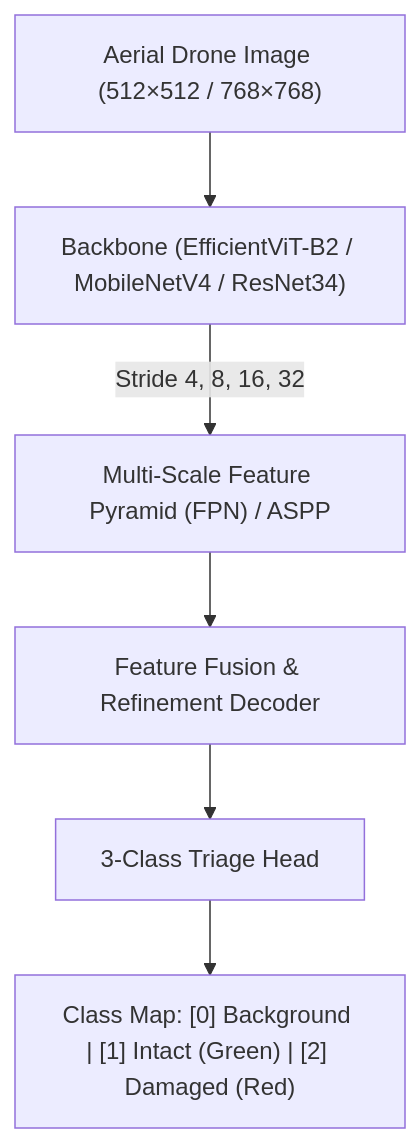
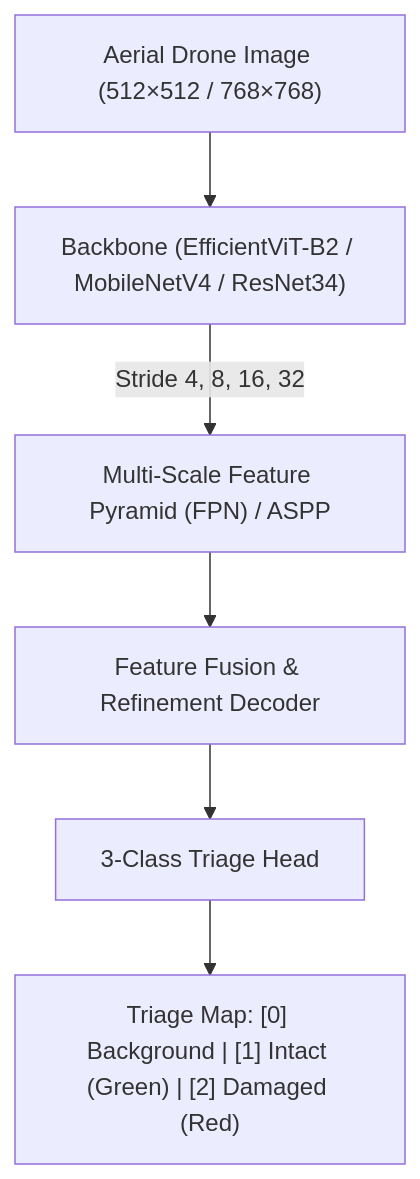
One commit to AhmadHasssan9181/QuakeSentinel changed the diagram in README.md. Above: the diagram before and after it, drawn with Mermaid. The commit also changed other lines of this file and 3 other files, not shown here.

````diff
--- a/README.md
+++ b/README.md
@@ -48,8 +62,8 @@
 ```mermaid
 graph TD
     Input["Aerial Drone Image (512×512 / 768×768)"] --> Backbone["Backbone (EfficientViT-B2 / MobileNetV4 / ResNet34)"]
     Backbone --> |Stride 4, 8, 16, 32| FPN["Multi-Scale Feature Pyramid (FPN) / ASPP"]
     FPN --> Decoder["Feature Fusion & Refinement Decoder"]
     Decoder --> Head["3-Class Triage Head"]
-    Head --> Output["Class Map: [0] Background | [1] Intact (Green) | [2] Damaged (Red)"]
+    Head --> Output["Triage Map: [0] Background | [1] Intact (Green) | [2] Damaged (Red)"]
 ```
````
